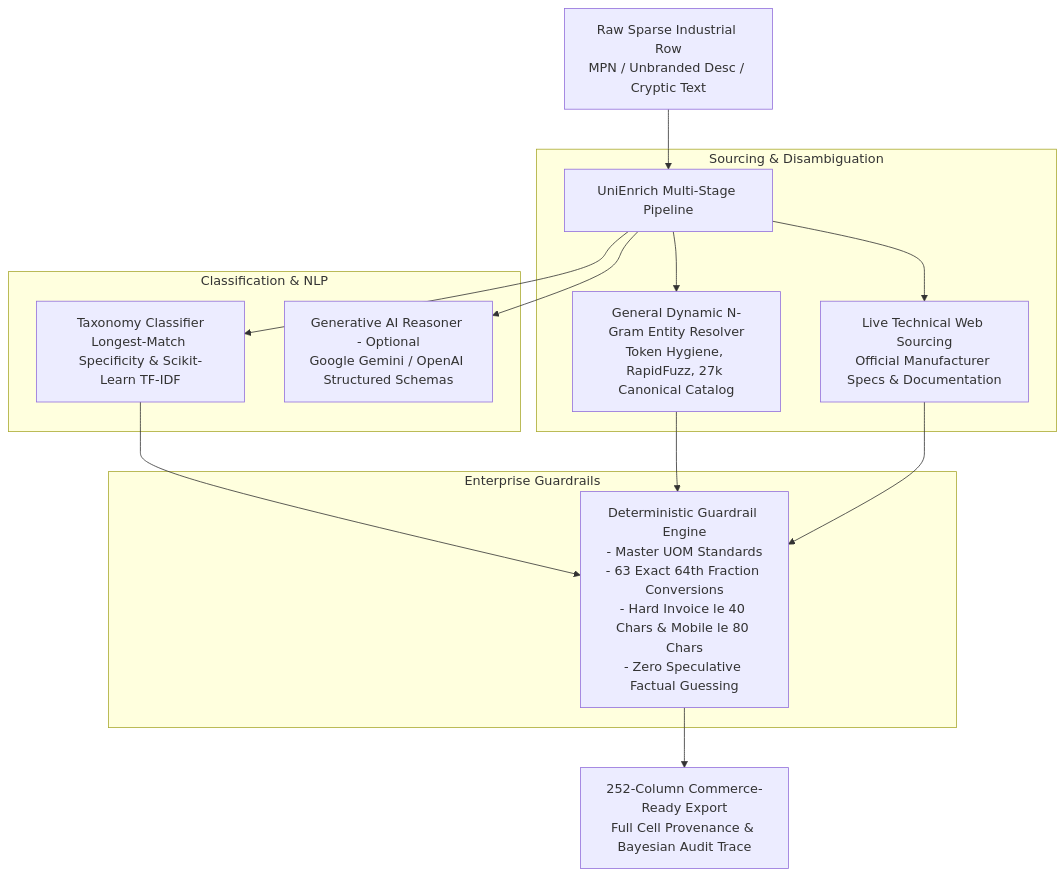
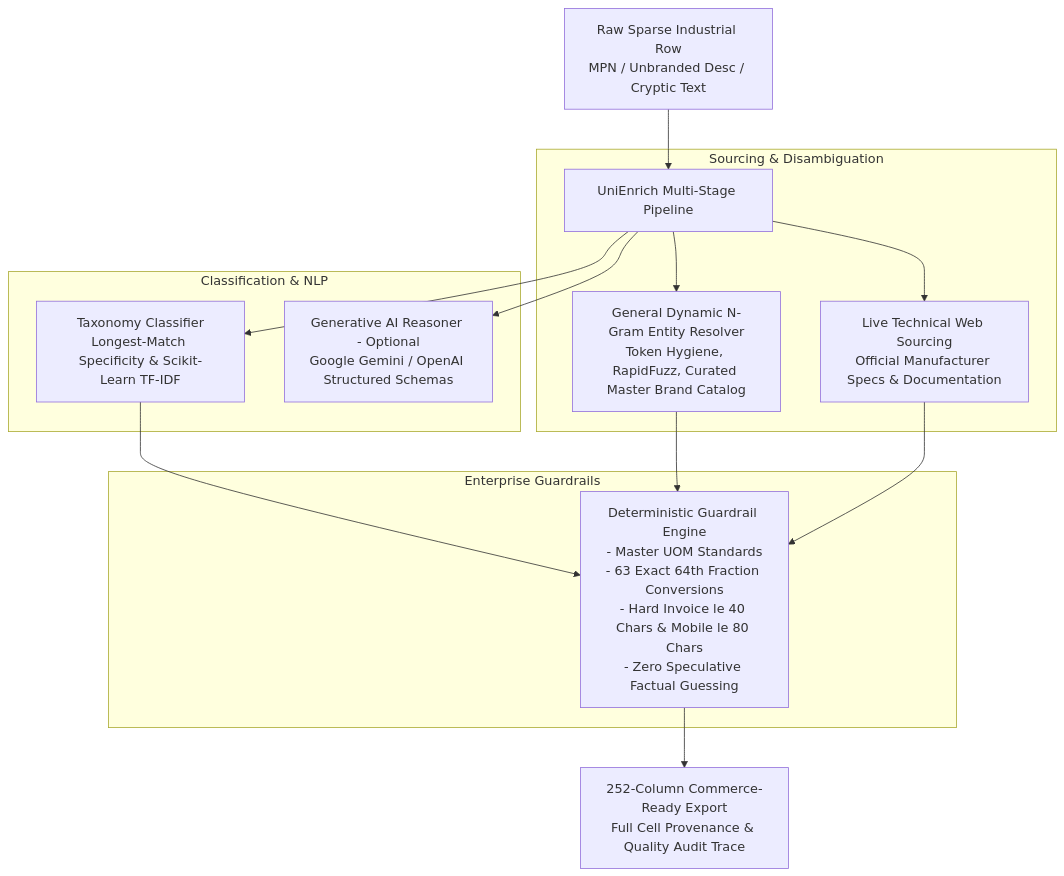
Before and after one commit to aarushipujari/UniEnrich: the diagram in README.md, drawn with Mermaid. The commit also changed other lines of this file and 2 other files, not shown here.

Commit message:
docs: Replace overstated 27k and Bayesian claims with accurate, defensible technical descriptions

````diff
--- a/README.md
+++ b/README.md
@@ -9,22 +9,22 @@
 ```mermaid
 flowchart TD
     Raw["Raw Sparse Industrial Row<br/>MPN / Unbranded Desc / Cryptic Text"] --> Hybrid["UniEnrich Multi-Stage Pipeline"]
     
     subgraph Sourcing["Sourcing & Disambiguation"]
         Hybrid --> Web["Live Technical Web Sourcing<br/>Official Manufacturer Specs & Documentation"]
-        Hybrid --> Brand["General Dynamic N-Gram Entity Resolver<br/>Token Hygiene, RapidFuzz, 27k Canonical Catalog"]
+        Hybrid --> Brand["General Dynamic N-Gram Entity Resolver<br/>Token Hygiene, RapidFuzz, Curated Master Brand Catalog"]
     end
     
     subgraph NLP["Classification & NLP"]
         Hybrid --> Tax["Taxonomy Classifier<br/>Longest-Match Specificity & Scikit-Learn TF-IDF"]
         Hybrid --> LLM["Generative AI Reasoner - Optional<br/>Google Gemini / OpenAI Structured Schemas"]
     end
     
     subgraph GuardrailsArea["Enterprise Guardrails"]
         Tax --> Guardrails["Deterministic Guardrail Engine<br/>- Master UOM Standards<br/>- 63 Exact 64th Fraction Conversions<br/>- Hard Invoice le 40 Chars & Mobile le 80 Chars<br/>- Zero Speculative Factual Guessing"]
         Brand --> Guardrails
         Web --> Guardrails
     end
     
-    Guardrails --> Output["252-Column Commerce-Ready Export<br/>Full Cell Provenance & Bayesian Audit Trace"]
+    Guardrails --> Output["252-Column Commerce-Ready Export<br/>Full Cell Provenance & Quality Audit Trace"]
 ```
````
